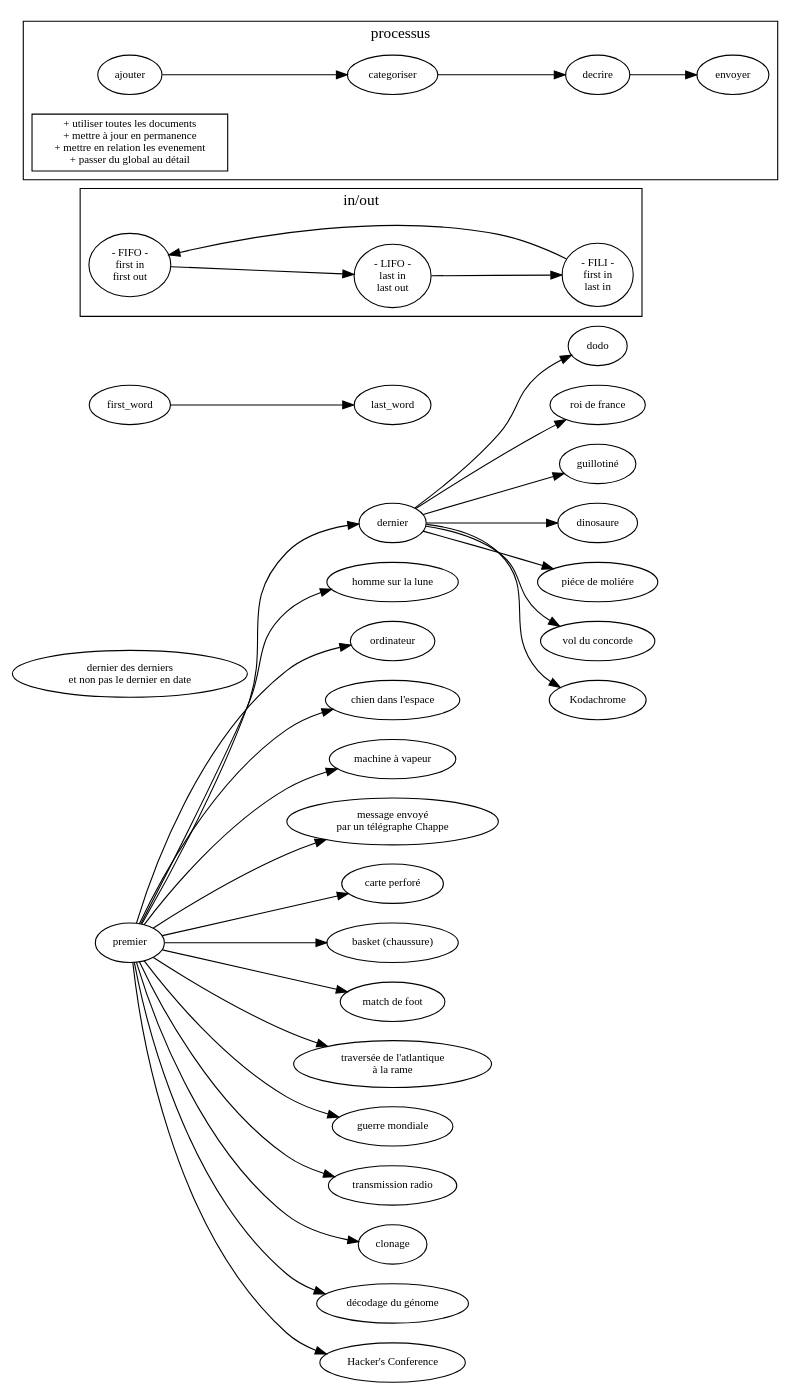
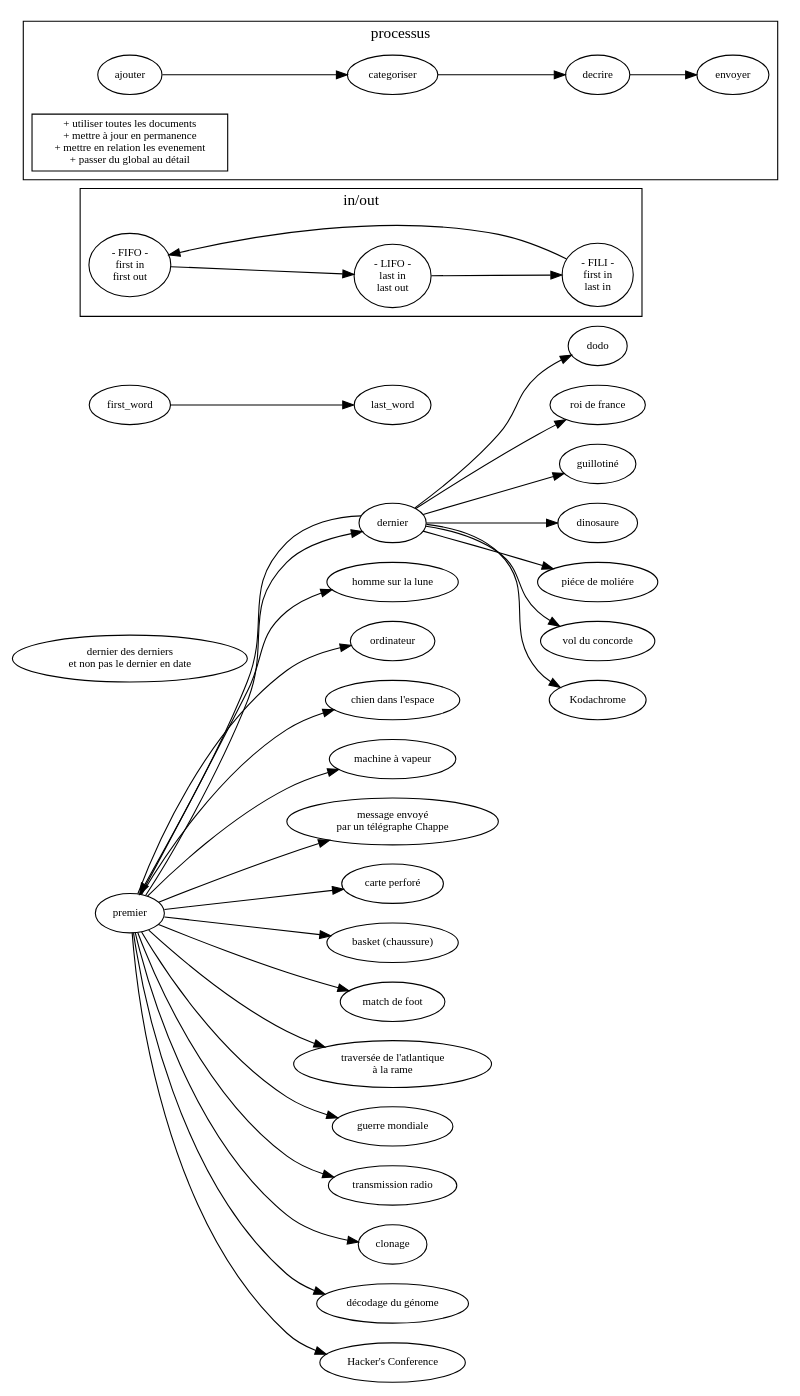
Before and after one commit to ensad-nancy/first-last: the diagram in sujet.dot, drawn with Graphviz.

Commit message:
+last -> first

```diff
--- a/sujet.dot
+++ b/sujet.dot
@@ -1,69 +1,70 @@
 digraph {
 
 	layout= "dot"
 	
 
 	fontname="myriadpro"
 	fontsize = 14
 	rankdir="LR"
 	
 	
 	node [fontname="myriadpro", fontsize = 10]
 	edge [fontname="monaco", fontsize = 9]
 	
 	first [label="premier"]
 	last [label="dernier"]
 	
 	first -> last
+	last -> first
 	
 	"dernier des derniers\n et non pas le dernier en date" 
 
 	first -> "homme sur la lune"
 	first -> "ordinateur"
 	first -> "chien dans l'espace"
 	first -> "machine à vapeur"
 	first -> "message envoyé\npar un télégraphe Chappe"
 	first -> "carte perforé"
 	first -> "basket (chaussure)"
 	first -> "match de foot"
 	first -> "traversée de l'atlantique\nà la rame"
 	first -> "guerre mondiale"
 	first -> "transmission radio"
 	first -> "clonage"
 	first -> "décodage du génome"
 	first -> "Hacker's Conference"
 	
 	last -> dodo
 	last -> "roi de france"
 	last -> "guillotiné"
 	last -> "dinosaure"
 	last -> "piéce de moliére"
 	last -> "vol du concorde"
 	last -> "Kodachrome"
 
 	first_word -> last_word
 	subgraph cluster_FO{
 	
 		label="in/out"
 		
 		FIFO [label="- FIFO -\nfirst in\nfirst out"]
 		LIFO [label="- LIFO -\nlast in\nlast out"]
 		FILI [label="- FILI -\nfirst in\n last in"]
 
 		FILI -> FIFO -> LIFO -> FILI
 	}
 	
 	subgraph cluster_process {
 		
 		label="processus"
 		
 		//get [label="récolter"]
 		
 		ajouter -> categoriser -> decrire -> envoyer
 		
 		"+ utiliser toutes les documents
 + mettre à jour en permanence
 + mettre en relation les evenement
 + passer du global au détail" [ shape=box]
 	}
 }
```
